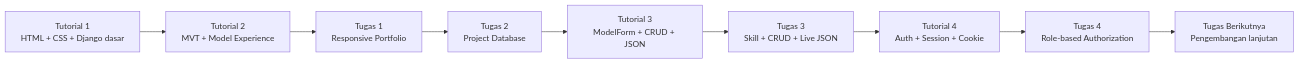
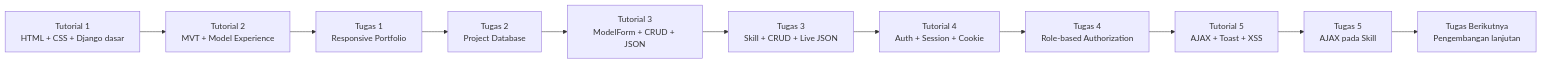
One commit to salfyea/myportofolio changed the first of 8 diagrams in README.md. Above: the diagram before and after it, drawn with Mermaid. The commit also changed other lines of this file, not shown here.

Commit message:
docs: update readme for tutorial 5

````diff
--- a/README.md
+++ b/README.md
@@ -98,14 +103,16 @@
 ```mermaid
 flowchart LR
     A[Tutorial 1<br/>HTML + CSS + Django dasar]
     B[Tutorial 2<br/>MVT + Model Experience]
     C[Tugas 1<br/>Responsive Portfolio]
     D[Tugas 2<br/>Project Database]
     E[Tutorial 3<br/>ModelForm + CRUD + JSON]
     F[Tugas 3<br/>Skill + CRUD + Live JSON]
     G[Tutorial 4<br/>Auth + Session + Cookie]
     H[Tugas 4<br/>Role-based Authorization]
-    I[Tugas Berikutnya<br/>Pengembangan lanjutan]
+    I[Tutorial 5<br/>AJAX + Toast + XSS]
+    J[Tugas 5<br/>AJAX pada Skill]
+    K[Tugas Berikutnya<br/>Pengembangan lanjutan]
 
-    A --> B --> C --> D --> E --> F --> G --> H --> I
+    A --> B --> C --> D --> E --> F --> G --> H --> I --> J --> K
 ```
````
